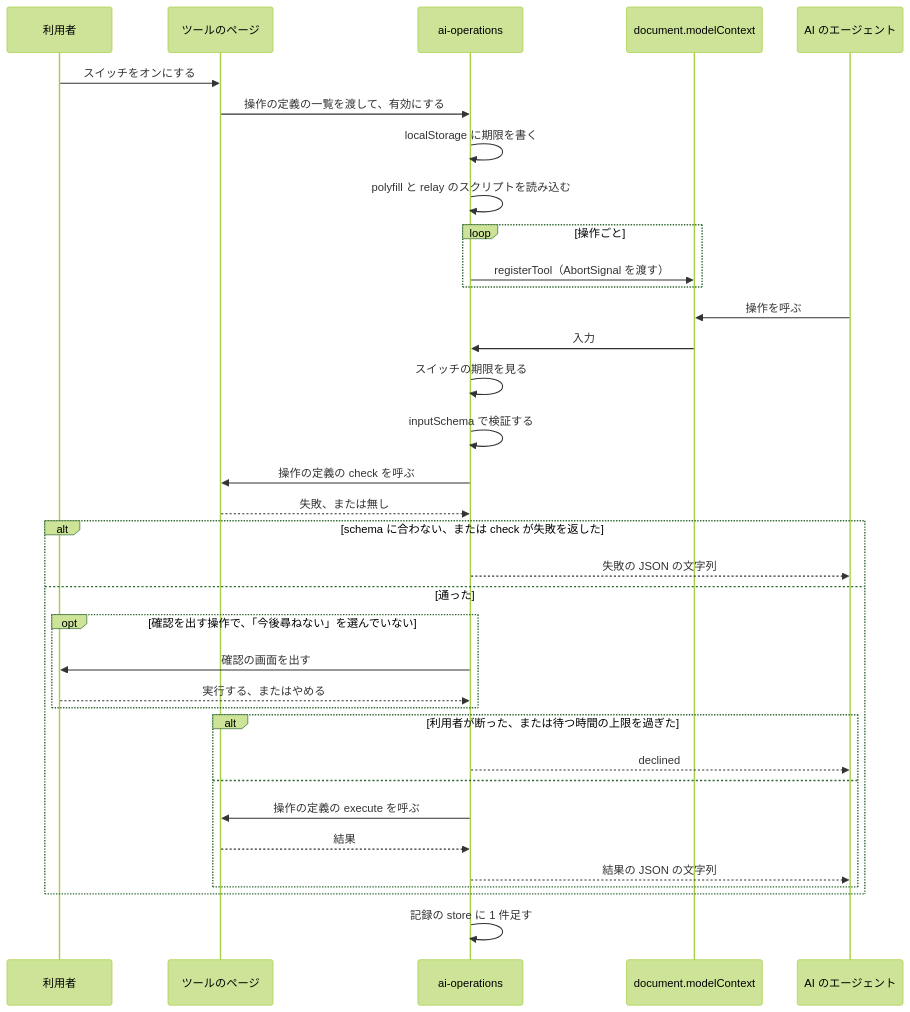
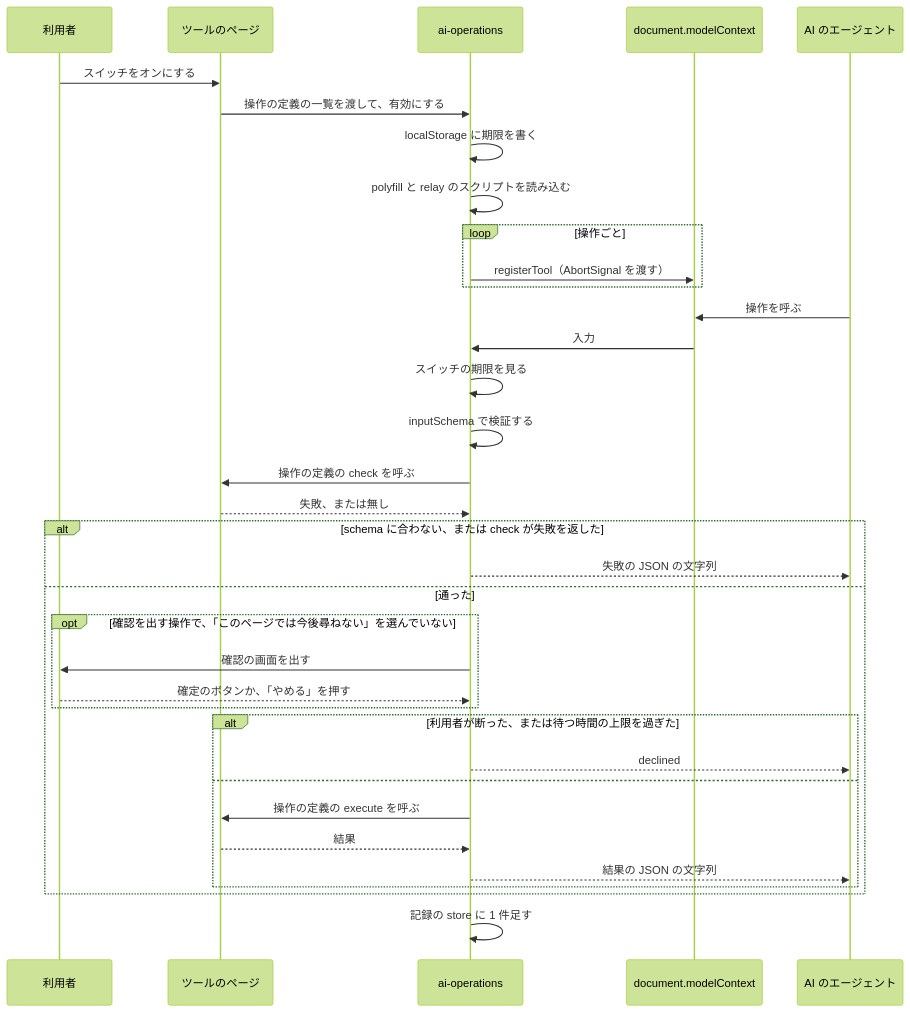
One commit to Fukuemon/fukuemon.dev changed the diagram in design/features/ai-operations/DesignDoc.md. Above: the diagram before and after it, drawn with Mermaid (forest theme). The commit also changed other lines of this file and 1 other file, not shown here.

````diff
--- a/design/features/ai-operations/DesignDoc.md
+++ b/design/features/ai-operations/DesignDoc.md
@@ -311,38 +318,38 @@
 ```mermaid
 sequenceDiagram
   participant U as 利用者
   participant P as ツールのページ
   participant A as ai-operations
   participant M as document.modelContext
   participant G as AI のエージェント
 
   U->>P: スイッチをオンにする
   P->>A: 操作の定義の一覧を渡して、有効にする
   A->>A: localStorage に期限を書く
   A->>A: polyfill と relay のスクリプトを読み込む
   loop 操作ごと
     A->>M: registerTool（AbortSignal を渡す）
   end
   G->>M: 操作を呼ぶ
   M->>A: 入力
   A->>A: スイッチの期限を見る
   A->>A: inputSchema で検証する
   A->>P: 操作の定義の check を呼ぶ
   P-->>A: 失敗、または無し
   alt schema に合わない、または check が失敗を返した
     A-->>G: 失敗の JSON の文字列
   else 通った
-    opt 確認を出す操作で、「今後尋ねない」を選んでいない
+    opt 確認を出す操作で、「このページでは今後尋ねない」を選んでいない
       A->>U: 確認の画面を出す
-      U-->>A: 実行する、またはやめる
+      U-->>A: 確定のボタンか、「やめる」を押す
     end
     alt 利用者が断った、または待つ時間の上限を過ぎた
       A-->>G: declined
     else
       A->>P: 操作の定義の execute を呼ぶ
       P-->>A: 結果
       A-->>G: 結果の JSON の文字列
     end
   end
   A->>A: 記録の store に 1 件足す
 ```
````
